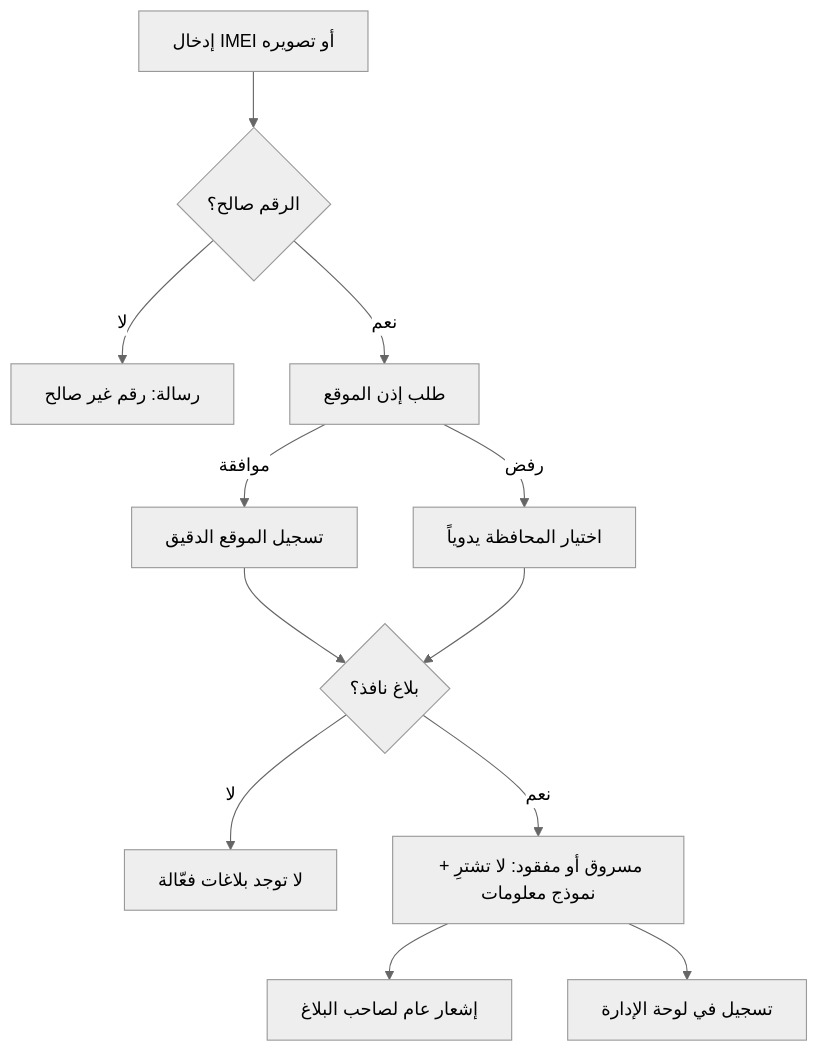
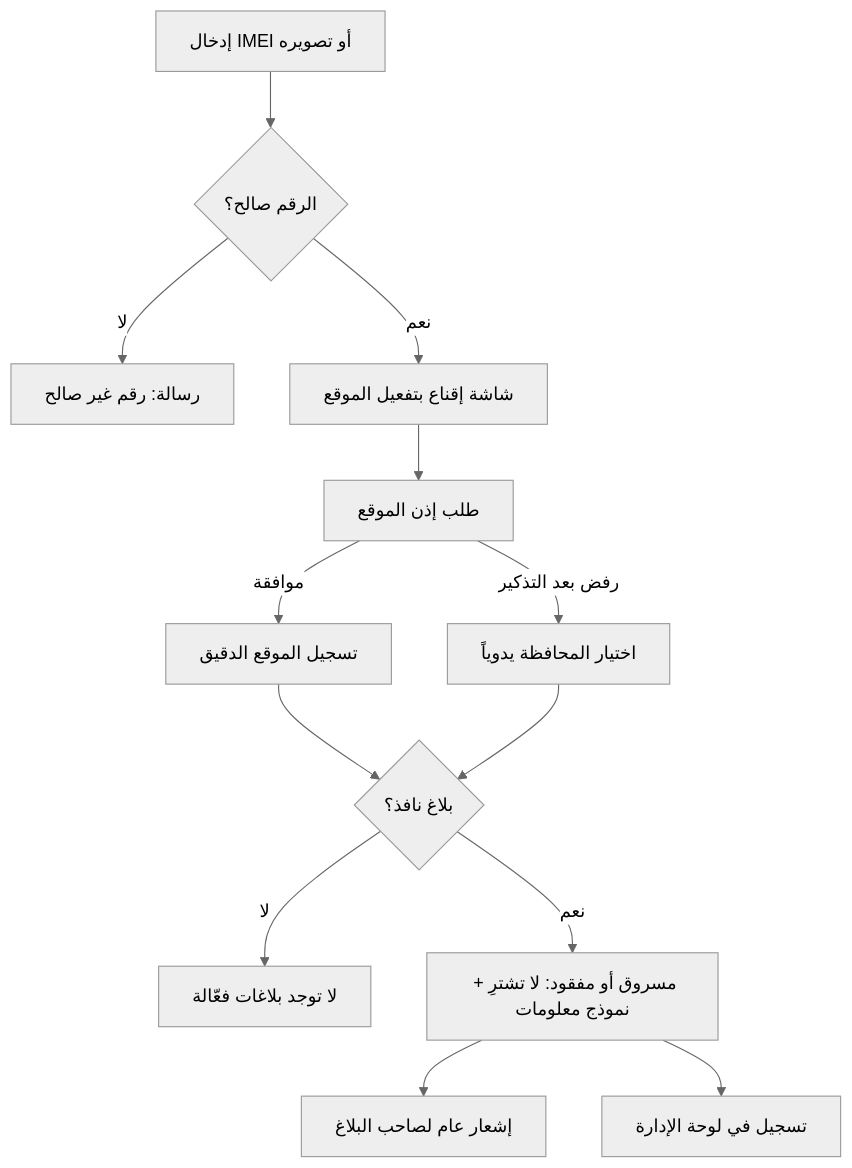
The first of 3 diagrams in docs/05-user-journeys.md (servacode/imei), drawn with Mermaid (neutral theme) before and after one commit. The commit also changed other lines of this file and 7 other files, not shown here.

````diff
--- a/docs/05-user-journeys.md
+++ b/docs/05-user-journeys.md
@@ -18,14 +18,15 @@
 ```mermaid
 flowchart TD
     A[إدخال IMEI أو تصويره] --> B{الرقم صالح؟}
     B -- لا --> C[رسالة: رقم غير صالح]
-    B -- نعم --> D[طلب إذن الموقع]
+    B -- نعم --> P[شاشة إقناع بتفعيل الموقع]
+    P --> D[طلب إذن الموقع]
     D -- موافقة --> E[تسجيل الموقع الدقيق]
-    D -- رفض --> F[اختيار المحافظة يدوياً]
+    D -- رفض بعد التذكير --> F[اختيار المحافظة يدوياً]
     E --> G{بلاغ نافذ؟}
     F --> G
     G -- لا --> H[لا توجد بلاغات فعّالة]
     G -- نعم --> I[مسروق أو مفقود: لا تشترِ + نموذج معلومات]
     I --> J[إشعار عام لصاحب البلاغ]
     I --> K[تسجيل في لوحة الإدارة]
 ```
````
